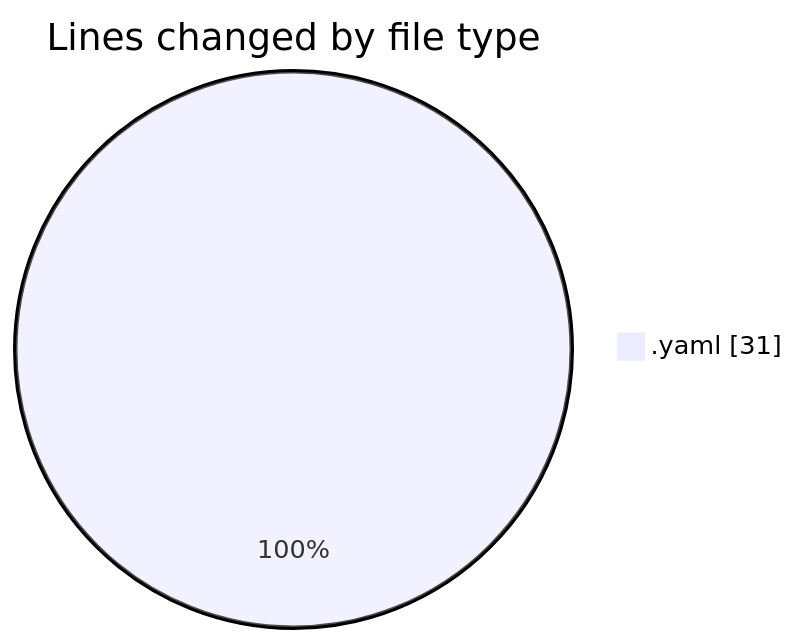
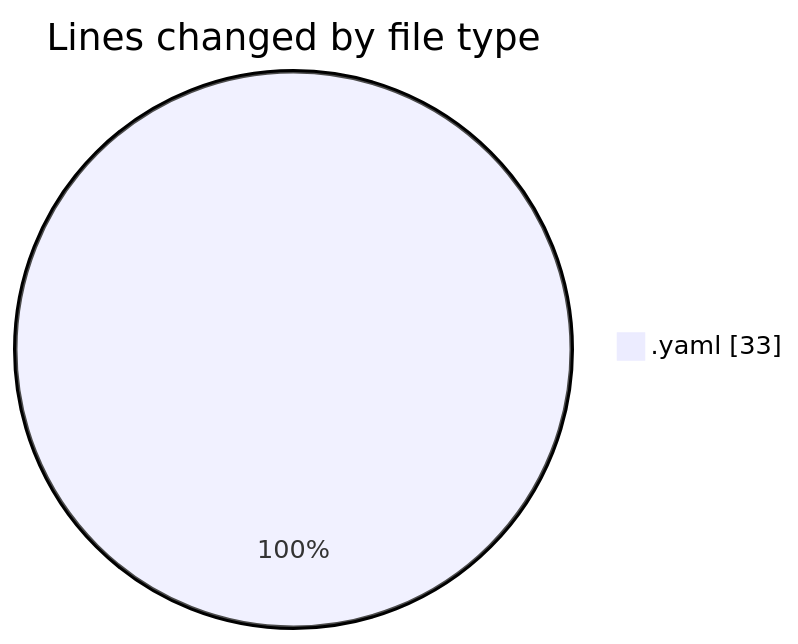
One commit to nxtqubesakshisongat/code-tracking changed the first of 2 diagrams in 2026-04-05/argos_orchestrator/README.md. Above: the diagram before and after it, drawn with Mermaid. The commit also changed other lines of this file and 1 other file, not shown here.

````diff
--- a/2026-04-05/argos_orchestrator/README.md
+++ b/2026-04-05/argos_orchestrator/README.md
@@ -21,5 +21,5 @@
 ```mermaid
 pie showData
 title Lines changed by file type
-".yaml" : 31
+".yaml" : 33
 ```
````
